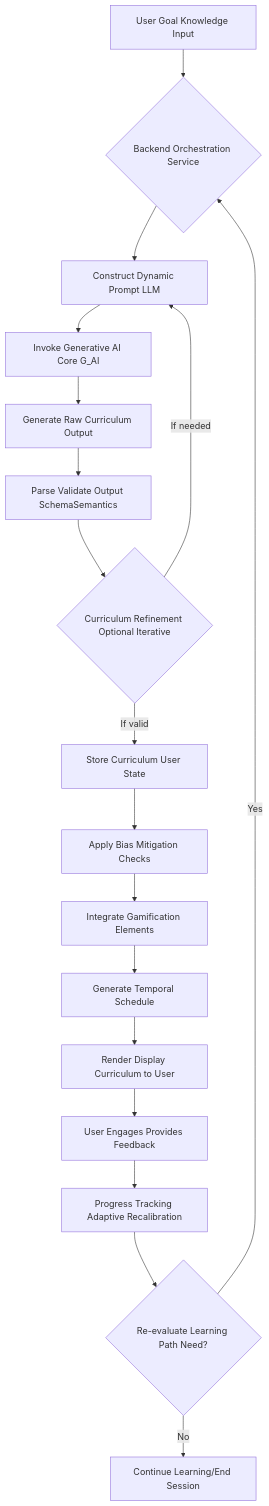
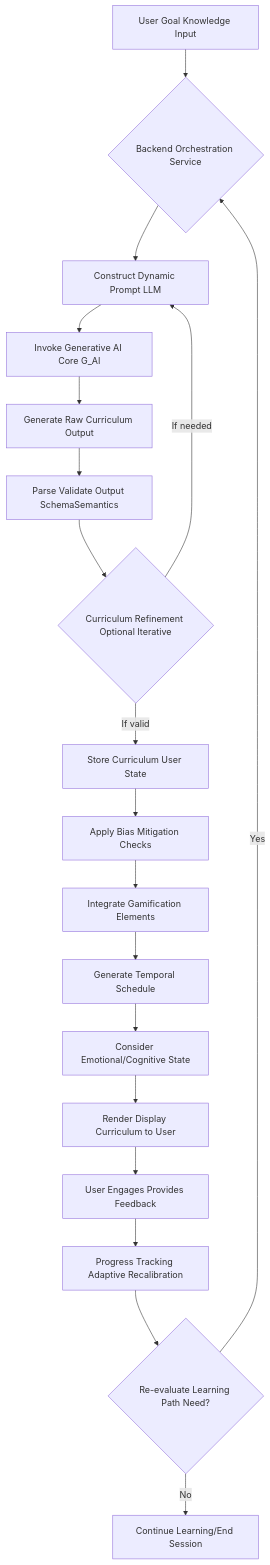
The ninth of 11 diagrams in inventions/028_ai_personalized_education_path.md (diplomat-bit/Citibank_Demo_Business_Inc_Demonstration-), drawn with Mermaid before and after one commit. The commit also changed other lines of this file, not shown here.

````diff
--- a/inventions/028_ai_personalized_education_path.md
+++ b/inventions/028_ai_personalized_education_path.md
@@ -161,22 +319,23 @@
 ```mermaid
 graph TD
     A[User Goal Knowledge Input] --> B{Backend Orchestration Service};
     B --> C[Construct Dynamic Prompt LLM];
     C --> D[Invoke Generative AI Core G_AI];
     D --> E[Generate Raw Curriculum Output];
     E --> F[Parse Validate Output SchemaSemantics];
     F --> G{Curriculum Refinement Optional Iterative};
     G -- If needed --> C;
     G -- If valid --> H[Store Curriculum User State];
 
     H --> M[Apply Bias Mitigation Checks];
     M --> N[Integrate Gamification Elements];
     N --> O[Generate Temporal Schedule];
+    O --> P[Consider Emotional/Cognitive State];
 
-    O --> I[Render Display Curriculum to User];
+    P --> I[Render Display Curriculum to User];
     I --> J[User Engages Provides Feedback];
     J --> K[Progress Tracking Adaptive Recalibration];
     K --> L{Re-evaluate Learning Path Need?};
     L -- Yes --> B;
     L -- No --> End[Continue Learning/End Session];
 ```
````
